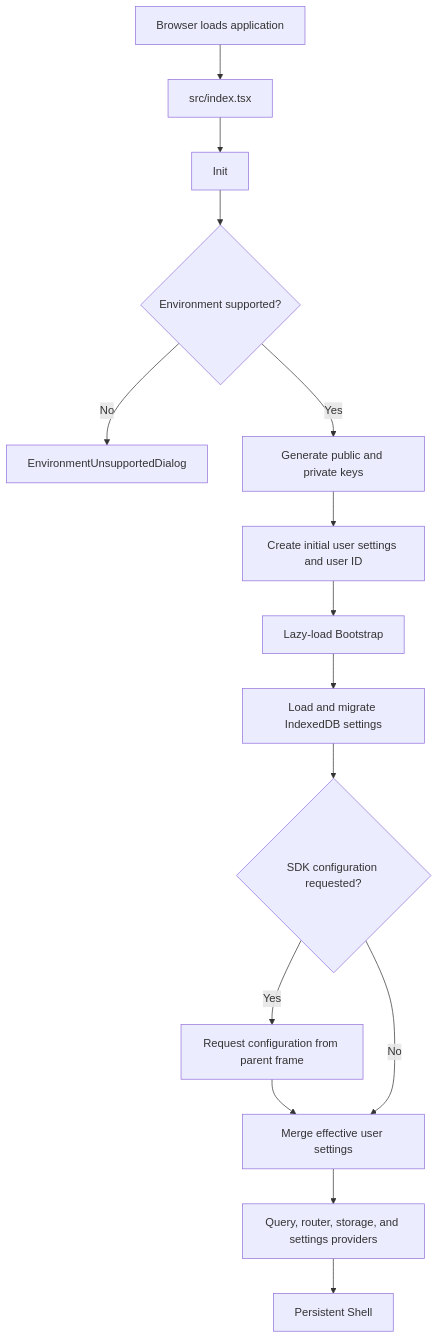
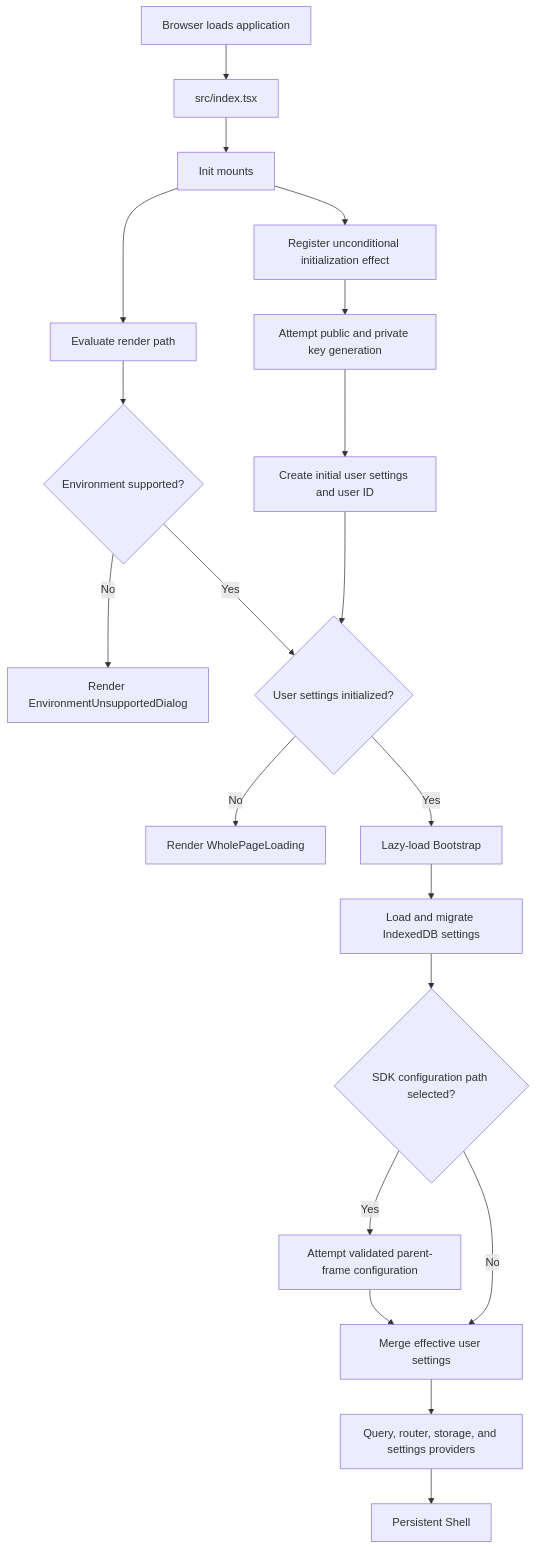
The first of 5 diagrams in docs/architecture/ui-architecture.md (drunkod/chitchatter), drawn with Mermaid before and after one commit. The commit also changed other lines of this file and 2 other files, not shown here.

Commit message:
Clarify architecture docs and reproduction steps

````diff
--- a/docs/architecture/ui-architecture.md
+++ b/docs/architecture/ui-architecture.md
@@ -9,17 +9,25 @@
 ```mermaid
 flowchart TD
     Browser[Browser loads application] --> Index[src/index.tsx]
-    Index --> Init[Init]
-    Init --> Supported{Environment supported?}
-    Supported -- No --> Unsupported[EnvironmentUnsupportedDialog]
-    Supported -- Yes --> Keys[Generate public and private keys]
+    Index --> Init[Init mounts]
+
+    Init --> Effect[Register unconditional initialization effect]
+    Effect --> Keys[Attempt public and private key generation]
     Keys --> Initial[Create initial user settings and user ID]
-    Initial --> Lazy[Lazy-load Bootstrap]
+
+    Init --> Render[Evaluate render path]
+    Render --> Supported{Environment supported?}
+    Supported -- No --> Unsupported[Render EnvironmentUnsupportedDialog]
+    Supported -- Yes --> Ready{User settings initialized?}
+    Ready -- No --> Loading[Render WholePageLoading]
+    Initial --> Ready
+    Ready -- Yes --> Lazy[Lazy-load Bootstrap]
+
     Lazy --> Persisted[Load and migrate IndexedDB settings]
-    Persisted --> Embedded{SDK configuration requested?}
-    Embedded -- Yes --> Parent[Request configuration from parent frame]
+    Persisted --> SDK{SDK configuration path selected?}
+    SDK -- Yes --> Parent[Attempt validated parent-frame configuration]
     Parent --> Merge[Merge effective user settings]
-    Embedded -- No --> Merge
+    SDK -- No --> Merge
     Merge --> Providers[Query, router, storage, and settings providers]
     Providers --> Shell[Persistent Shell]
 ```
````
